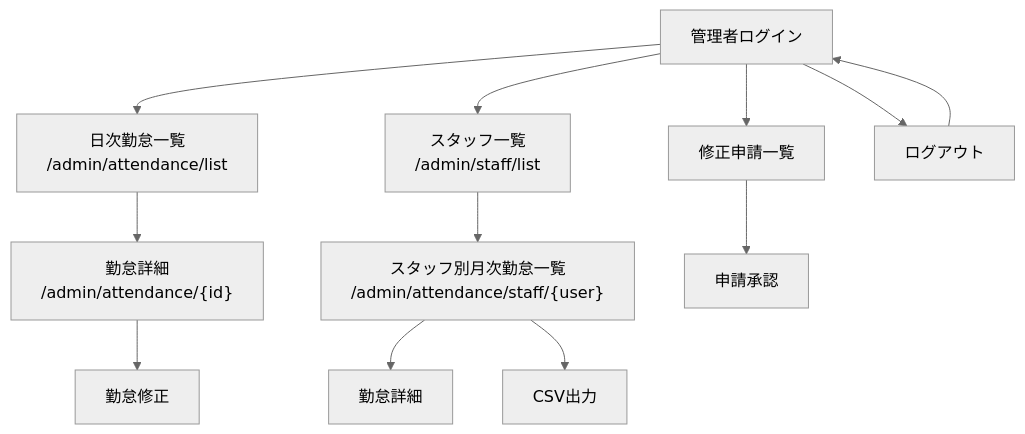
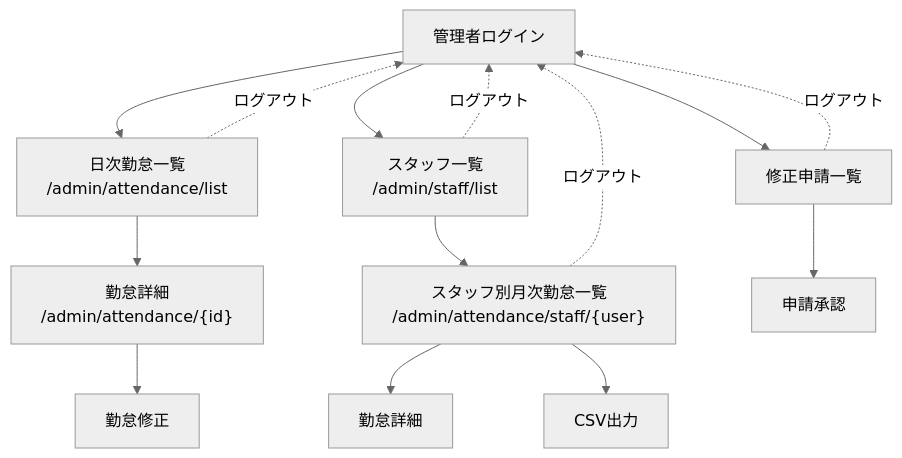
One commit to aridome-sashizume/attendance-app changed the second of 2 diagrams in docs/screen-transition.md. Above: the diagram before and after it, drawn with Mermaid (neutral theme). The commit also changed other lines of this file, not shown here.

````diff
--- a/docs/screen-transition.md
+++ b/docs/screen-transition.md
@@ -26,21 +29,23 @@
 ```mermaid
 flowchart TD
 
 A["管理者ログイン"]
 --> B["日次勤怠一覧<br>/admin/attendance/list"]
 
 B --> C["勤怠詳細<br>/admin/attendance/{id}"]
 C --> D["勤怠修正"]
 
 A --> E["スタッフ一覧<br>/admin/staff/list"]
 E --> F["スタッフ別月次勤怠一覧<br>/admin/attendance/staff/{user}"]
 
 F --> G["勤怠詳細"]
 F --> H["CSV出力"]
 
 A --> I["修正申請一覧"]
 I --> J["申請承認"]
 
-A --> K["ログアウト"]
-K --> A
+B -.ログアウト.-> A
+E -.ログアウト.-> A
+F -.ログアウト.-> A
+I -.ログアウト.-> A
 ```
````
